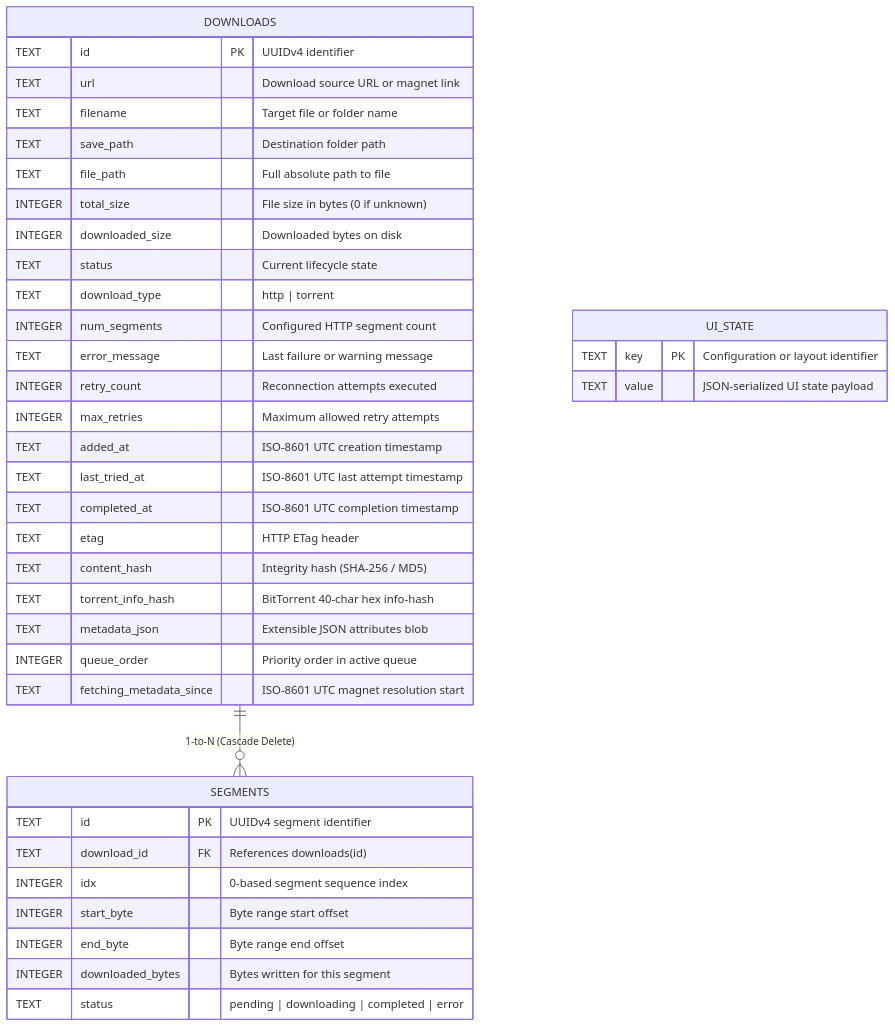
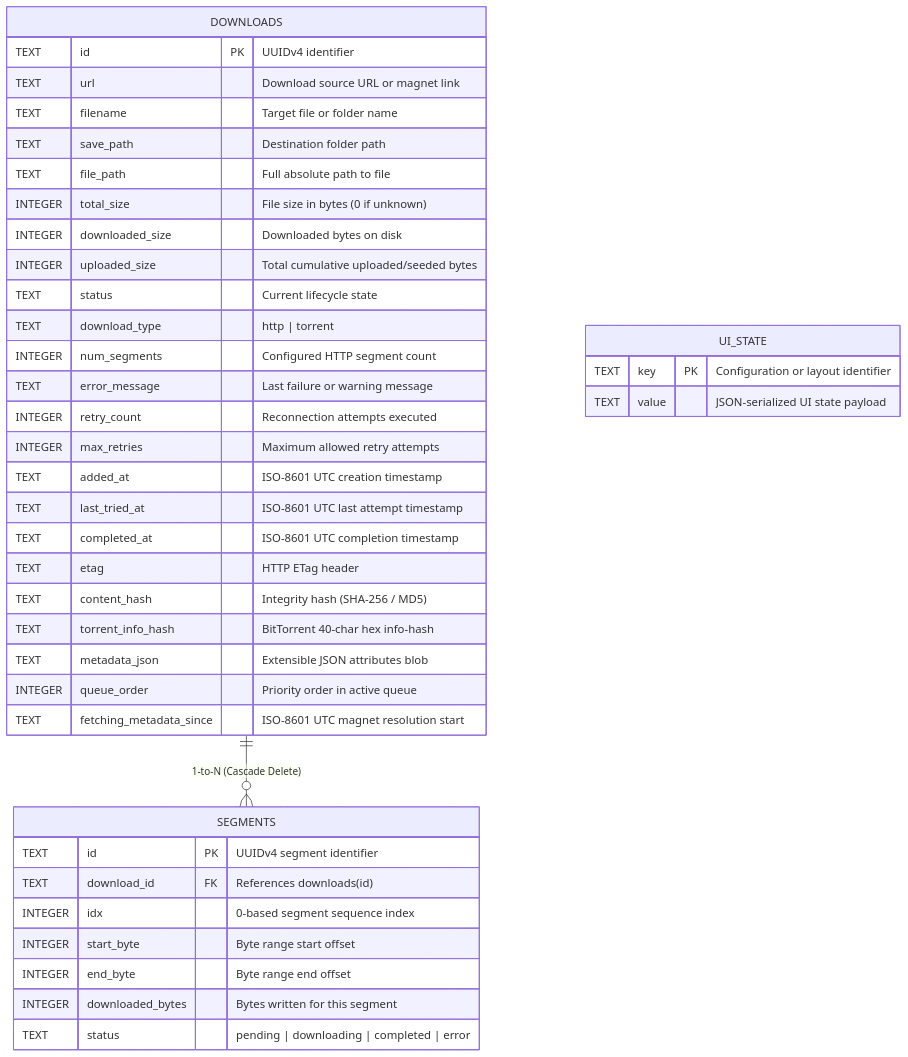
The diagram in docs/architecture/database.md (rakeshmalik91/my-idm), drawn with Mermaid before and after one commit. The commit also changed other lines of this file and 10 other files, not shown here.

Commit message:
feat: add csv export, segregated view sections, and seeded bytes tracking

````diff
--- a/docs/architecture/database.md
+++ b/docs/architecture/database.md
@@ -27,44 +27,45 @@
 ```mermaid
 erDiagram
     DOWNLOADS ||--o{ SEGMENTS : "1-to-N (Cascade Delete)"
     
     DOWNLOADS {
         TEXT id PK "UUIDv4 identifier"
         TEXT url "Download source URL or magnet link"
         TEXT filename "Target file or folder name"
         TEXT save_path "Destination folder path"
         TEXT file_path "Full absolute path to file"
         INTEGER total_size "File size in bytes (0 if unknown)"
         INTEGER downloaded_size "Downloaded bytes on disk"
+        INTEGER uploaded_size "Total cumulative uploaded/seeded bytes"
         TEXT status "Current lifecycle state"
         TEXT download_type "http | torrent"
         INTEGER num_segments "Configured HTTP segment count"
         TEXT error_message "Last failure or warning message"
         INTEGER retry_count "Reconnection attempts executed"
         INTEGER max_retries "Maximum allowed retry attempts"
         TEXT added_at "ISO-8601 UTC creation timestamp"
         TEXT last_tried_at "ISO-8601 UTC last attempt timestamp"
         TEXT completed_at "ISO-8601 UTC completion timestamp"
         TEXT etag "HTTP ETag header"
         TEXT content_hash "Integrity hash (SHA-256 / MD5)"
         TEXT torrent_info_hash "BitTorrent 40-char hex info-hash"
         TEXT metadata_json "Extensible JSON attributes blob"
         INTEGER queue_order "Priority order in active queue"
         TEXT fetching_metadata_since "ISO-8601 UTC magnet resolution start"
     }
 
     SEGMENTS {
         TEXT id PK "UUIDv4 segment identifier"
         TEXT download_id FK "References downloads(id)"
         INTEGER idx "0-based segment sequence index"
         INTEGER start_byte "Byte range start offset"
         INTEGER end_byte "Byte range end offset"
         INTEGER downloaded_bytes "Bytes written for this segment"
         TEXT status "pending | downloading | completed | error"
     }
 
     UI_STATE {
         TEXT key PK "Configuration or layout identifier"
         TEXT value "JSON-serialized UI state payload"
     }
 ```
````
